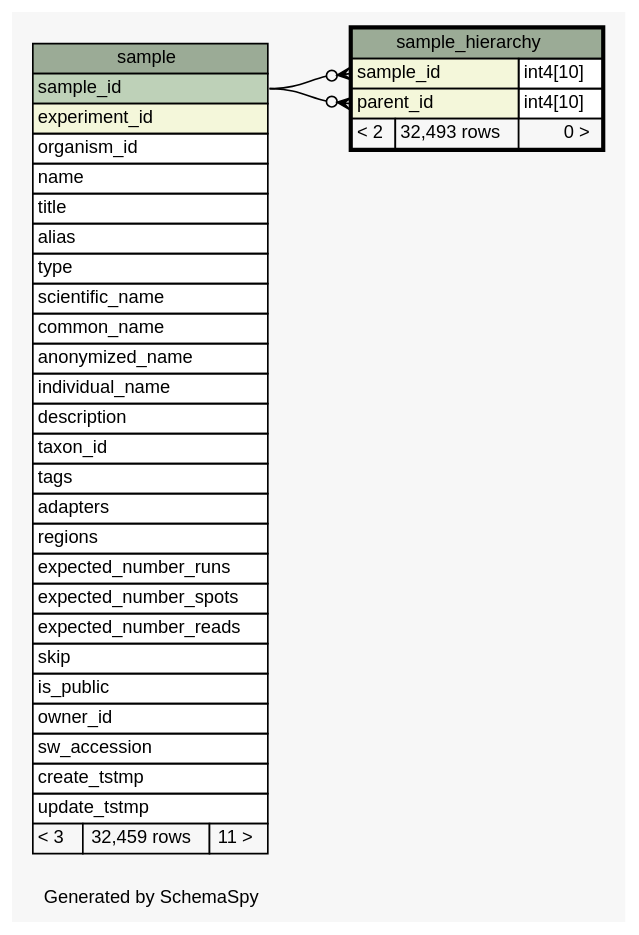
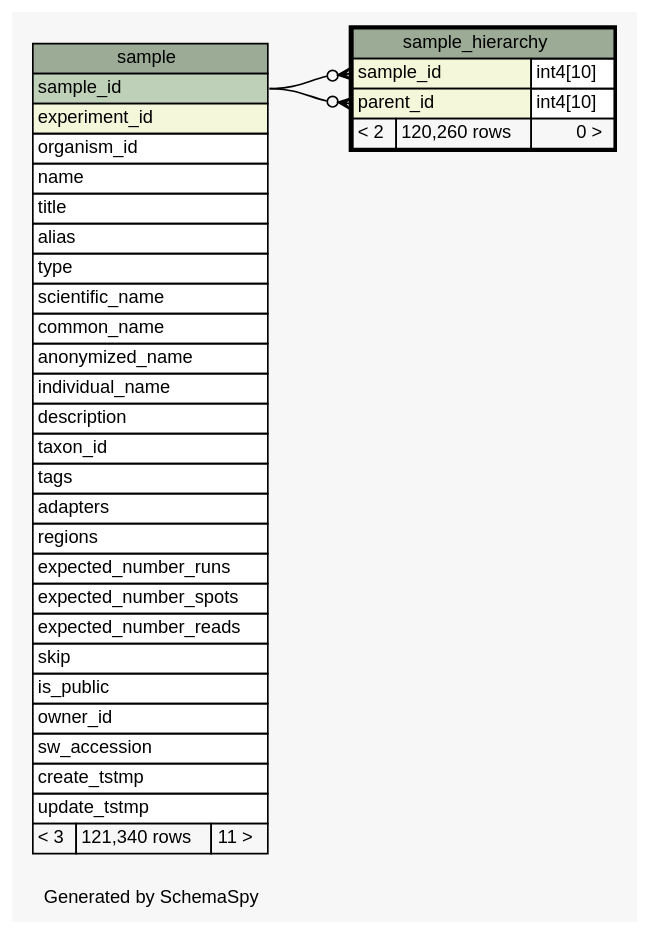
The diagram in metadb-schema/diagrams/sample_hierarchy.1degree.dot (SeqWare/seqware.github.com), drawn with Graphviz before and after one commit. The commit also changed 365 other files, not shown here.

Commit message:
Refresh dbschema docs

```diff
--- a/metadb-schema/diagrams/sample_hierarchy.1degree.dot
+++ b/metadb-schema/diagrams/sample_hierarchy.1degree.dot
@@ -1,69 +1,69 @@
-// dot 2.32.0 on Mac OS X 10.8.3
+// dot 2.26.3 on Linux 3.5.0-47-generic
 // SchemaSpy rev 590
 digraph "oneDegreeRelationshipsDiagram" {
   graph [
     rankdir="RL"
     bgcolor="#f7f7f7"
     label="\nGenerated by SchemaSpy"
     labeljust="l"
     nodesep="0.18"
     ranksep="0.46"
     fontname="Helvetica"
     fontsize="11"
   ];
   node [
     fontname="Helvetica"
     fontsize="11"
     shape="plaintext"
   ];
   edge [
     arrowsize="0.8"
   ];
   "sample_hierarchy":"parent_id":w -> "sample":"sample_id":e [arrowhead=none dir=back arrowtail=crowodot];
   "sample_hierarchy":"sample_id":w -> "sample":"sample_id":e [arrowhead=none dir=back arrowtail=crowodot];
   "sample" [
     label=<
     <TABLE BORDER="0" CELLBORDER="1" CELLSPACING="0" BGCOLOR="#ffffff">
       <TR><TD COLSPAN="3" BGCOLOR="#9bab96" ALIGN="CENTER">sample</TD></TR>
       <TR><TD PORT="sample_id" COLSPAN="3" BGCOLOR="#bed1b8" ALIGN="LEFT">sample_id</TD></TR>
       <TR><TD PORT="experiment_id" COLSPAN="3" BGCOLOR="#f4f7da" ALIGN="LEFT">experiment_id</TD></TR>
       <TR><TD PORT="organism_id" COLSPAN="3" ALIGN="LEFT">organism_id</TD></TR>
       <TR><TD PORT="name" COLSPAN="3" ALIGN="LEFT">name</TD></TR>
       <TR><TD PORT="title" COLSPAN="3" ALIGN="LEFT">title</TD></TR>
       <TR><TD PORT="alias" COLSPAN="3" ALIGN="LEFT">alias</TD></TR>
       <TR><TD PORT="type" COLSPAN="3" ALIGN="LEFT">type</TD></TR>
       <TR><TD PORT="scientific_name" COLSPAN="3" ALIGN="LEFT">scientific_name</TD></TR>
       <TR><TD PORT="common_name" COLSPAN="3" ALIGN="LEFT">common_name</TD></TR>
       <TR><TD PORT="anonymized_name" COLSPAN="3" ALIGN="LEFT">anonymized_name</TD></TR>
       <TR><TD PORT="individual_name" COLSPAN="3" ALIGN="LEFT">individual_name</TD></TR>
       <TR><TD PORT="description" COLSPAN="3" ALIGN="LEFT">description</TD></TR>
       <TR><TD PORT="taxon_id" COLSPAN="3" ALIGN="LEFT">taxon_id</TD></TR>
       <TR><TD PORT="tags" COLSPAN="3" ALIGN="LEFT">tags</TD></TR>
       <TR><TD PORT="adapters" COLSPAN="3" ALIGN="LEFT">adapters</TD></TR>
       <TR><TD PORT="regions" COLSPAN="3" ALIGN="LEFT">regions</TD></TR>
       <TR><TD PORT="expected_number_runs" COLSPAN="3" ALIGN="LEFT">expected_number_runs</TD></TR>
       <TR><TD PORT="expected_number_spots" COLSPAN="3" ALIGN="LEFT">expected_number_spots</TD></TR>
       <TR><TD PORT="expected_number_reads" COLSPAN="3" ALIGN="LEFT">expected_number_reads</TD></TR>
       <TR><TD PORT="skip" COLSPAN="3" ALIGN="LEFT">skip</TD></TR>
       <TR><TD PORT="is_public" COLSPAN="3" ALIGN="LEFT">is_public</TD></TR>
       <TR><TD PORT="owner_id" COLSPAN="3" ALIGN="LEFT">owner_id</TD></TR>
       <TR><TD PORT="sw_accession" COLSPAN="3" ALIGN="LEFT">sw_accession</TD></TR>
       <TR><TD PORT="create_tstmp" COLSPAN="3" ALIGN="LEFT">create_tstmp</TD></TR>
       <TR><TD PORT="update_tstmp" COLSPAN="3" ALIGN="LEFT">update_tstmp</TD></TR>
-      <TR><TD ALIGN="LEFT" BGCOLOR="#f7f7f7">&lt; 3</TD><TD ALIGN="RIGHT" BGCOLOR="#f7f7f7">32,459 rows</TD><TD ALIGN="RIGHT" BGCOLOR="#f7f7f7">11 &gt;</TD></TR>
+      <TR><TD ALIGN="LEFT" BGCOLOR="#f7f7f7">&lt; 3</TD><TD ALIGN="RIGHT" BGCOLOR="#f7f7f7">121,340 rows</TD><TD ALIGN="RIGHT" BGCOLOR="#f7f7f7">11 &gt;</TD></TR>
     </TABLE>>
     URL="sample.html"
     tooltip="sample"
   ];
   "sample_hierarchy" [
     label=<
     <TABLE BORDER="2" CELLBORDER="1" CELLSPACING="0" BGCOLOR="#ffffff">
       <TR><TD COLSPAN="3" BGCOLOR="#9bab96" ALIGN="CENTER">sample_hierarchy</TD></TR>
       <TR><TD PORT="sample_id" COLSPAN="2" BGCOLOR="#f4f7da" ALIGN="LEFT">sample_id</TD><TD PORT="sample_id.type" ALIGN="LEFT">int4[10]</TD></TR>
       <TR><TD PORT="parent_id" COLSPAN="2" BGCOLOR="#f4f7da" ALIGN="LEFT">parent_id</TD><TD PORT="parent_id.type" ALIGN="LEFT">int4[10]</TD></TR>
-      <TR><TD ALIGN="LEFT" BGCOLOR="#f7f7f7">&lt; 2</TD><TD ALIGN="RIGHT" BGCOLOR="#f7f7f7">32,493 rows</TD><TD ALIGN="RIGHT" BGCOLOR="#f7f7f7">0 &gt;</TD></TR>
+      <TR><TD ALIGN="LEFT" BGCOLOR="#f7f7f7">&lt; 2</TD><TD ALIGN="RIGHT" BGCOLOR="#f7f7f7">120,260 rows</TD><TD ALIGN="RIGHT" BGCOLOR="#f7f7f7">0 &gt;</TD></TR>
     </TABLE>>
     URL="sample_hierarchy.html"
     tooltip="sample_hierarchy"
   ];
 }
```
